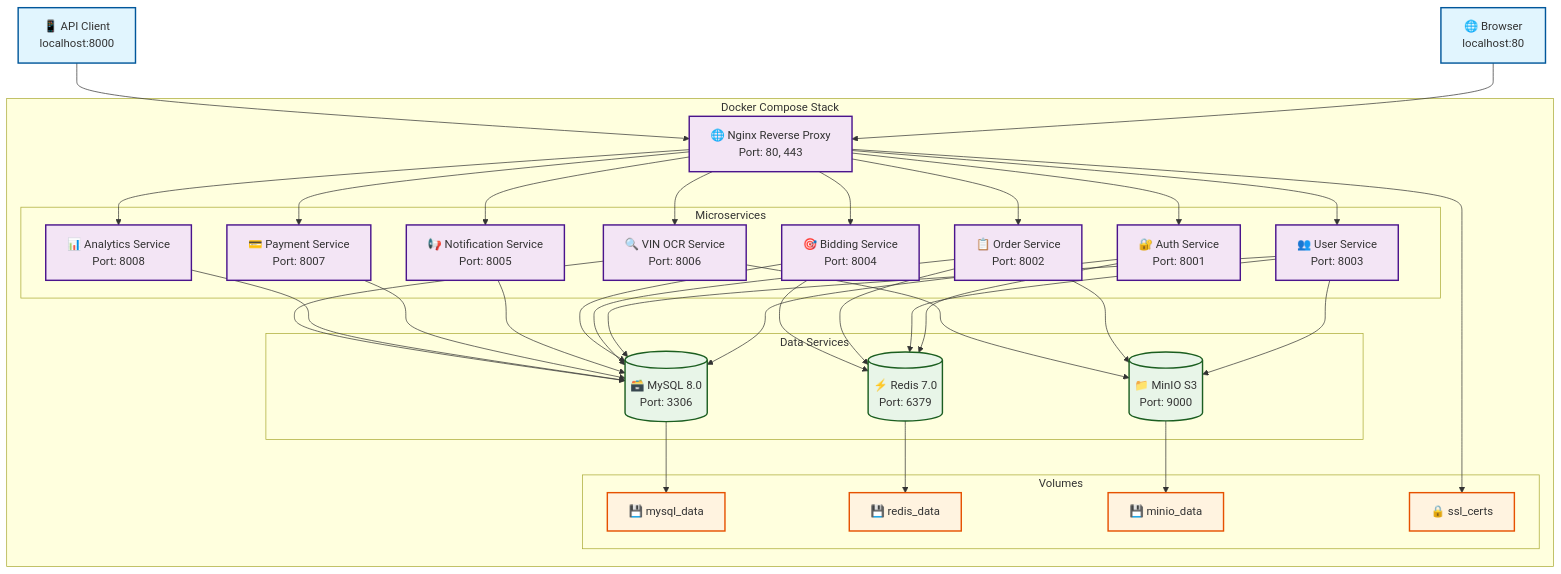
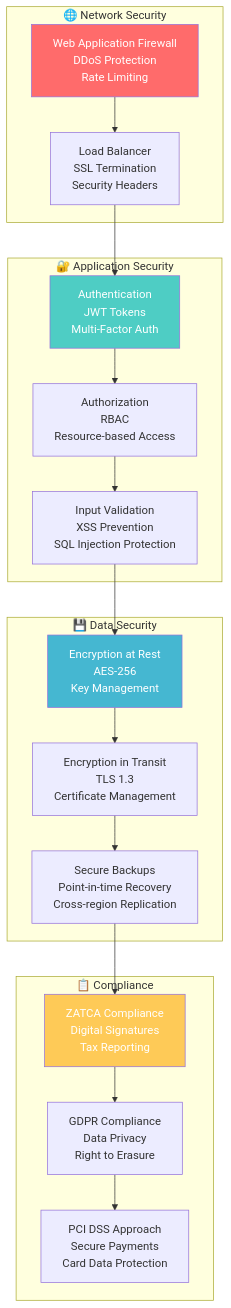
Before and after one commit to abdoElHodaky/larvrevrstender: the seventh of 11 diagrams in README.md, drawn with Mermaid. The commit also changed other lines of this file, not shown here.

````diff
--- a/README.md
+++ b/README.md
@@ -1001,83 +304,43 @@
 ```mermaid
 graph TB
-    subgraph "Docker Compose Stack"
-        NGINX[🌐 Nginx Reverse Proxy<br/>Port: 80, 443]
-        
-        subgraph "Microservices"
-            AUTH_DOCKER[🔐 Auth Service<br/>Port: 8001]
-            USER_DOCKER[👥 User Service<br/>Port: 8003]
-            ORDER_DOCKER[📋 Order Service<br/>Port: 8002]
-            BIDDING_DOCKER[🎯 Bidding Service<br/>Port: 8004]
-            NOTIFICATION_DOCKER[📢 Notification Service<br/>Port: 8005]
-            PAYMENT_DOCKER[💳 Payment Service<br/>Port: 8007]
-            ANALYTICS_DOCKER[📊 Analytics Service<br/>Port: 8008]
-            VIN_OCR_DOCKER[🔍 VIN OCR Service<br/>Port: 8006]
-        end
-        
-        subgraph "Data Services"
-            MYSQL_DOCKER[(🗃️ MySQL 8.0<br/>Port: 3306)]
-            REDIS_DOCKER[(⚡ Redis 7.0<br/>Port: 6379)]
-            MINIO_DOCKER[(📁 MinIO S3<br/>Port: 9000)]
-        end
-        
-        subgraph "Volumes"
-            MYSQL_VOL[💾 mysql_data]
-            REDIS_VOL[💾 redis_data]
-            MINIO_VOL[💾 minio_data]
-            SSL_VOL[🔒 ssl_certs]
-        end
+    subgraph "🌐 Network Security"
+        WAF[Web Application Firewall<br/>DDoS Protection<br/>Rate Limiting]
+        LB[Load Balancer<br/>SSL Termination<br/>Security Headers]
     end
     
-    %% External Access
-    BROWSER[🌐 Browser<br/>localhost:80]
-    API_CLIENT[📱 API Client<br/>localhost:8000]
+    subgraph "🔐 Application Security"
+        AUTH_SEC[Authentication<br/>JWT Tokens<br/>Multi-Factor Auth]
+        AUTHZ[Authorization<br/>RBAC<br/>Resource-based Access]
+        INPUT[Input Validation<br/>XSS Prevention<br/>SQL Injection Protection]
+    end
     
-    %% Connections
-    BROWSER --> NGINX
-    API_CLIENT --> NGINX
+    subgraph "💾 Data Security"
+        ENCRYPT[Encryption at Rest<br/>AES-256<br/>Key Management]
+        TRANSIT[Encryption in Transit<br/>TLS 1.3<br/>Certificate Management]
+        BACKUP[Secure Backups<br/>Point-in-time Recovery<br/>Cross-region Replication]
+    end
     
-    NGINX --> AUTH_DOCKER
-    NGINX --> USER_DOCKER
-    NGINX --> ORDER_DOCKER
-    NGINX --> BIDDING_DOCKER
-    NGINX --> NOTIFICATION_DOCKER
-    NGINX --> PAYMENT_DOCKER
-    NGINX --> ANALYTICS_DOCKER
-    NGINX --> VIN_OCR_DOCKER
+    subgraph "📋 Compliance"
+        ZATCA_SEC[ZATCA Compliance<br/>Digital Signatures<br/>Tax Reporting]
+        GDPR[GDPR Compliance<br/>Data Privacy<br/>Right to Erasure]
+        PCI[PCI DSS Approach<br/>Secure Payments<br/>Card Data Protection]
+    end
     
-    %% Data Connections
-    AUTH_DOCKER --> MYSQL_DOCKER
-    USER_DOCKER --> MYSQL_DOCKER
-    ORDER_DOCKER --> MYSQL_DOCKER
-    BIDDING_DOCKER --> MYSQL_DOCKER
-    NOTIFICATION_DOCKER --> MYSQL_DOCKER
-    PAYMENT_DOCKER --> MYSQL_DOCKER
-    ANALYTICS_DOCKER --> MYSQL_DOCKER
-    VIN_OCR_DOCKER --> MYSQL_DOCKER
+    WAF --> LB
+    LB --> AUTH_SEC
+    AUTH_SEC --> AUTHZ
+    AUTHZ --> INPUT
     
-    AUTH_DOCKER --> REDIS_DOCKER
-    USER_DOCKER --> REDIS_DOCKER
-    ORDER_DOCKER --> REDIS_DOCKER
-    BIDDING_DOCKER --> REDIS_DOCKER
+    INPUT --> ENCRYPT
+    ENCRYPT --> TRANSIT
+    TRANSIT --> BACKUP
     
-    USER_DOCKER --> MINIO_DOCKER
-    ORDER_DOCKER --> MINIO_DOCKER
-    VIN_OCR_DOCKER --> MINIO_DOCKER
+    BACKUP --> ZATCA_SEC
+    ZATCA_SEC --> GDPR
+    GDPR --> PCI
     
-    %% Volume Mounts
-    MYSQL_DOCKER --> MYSQL_VOL
-    REDIS_DOCKER --> REDIS_VOL
-    MINIO_DOCKER --> MINIO_VOL
-    NGINX --> SSL_VOL
-    
-    %% Styling
-    classDef serviceStyle fill:#f3e5f5,stroke:#4a148c,stroke-width:2px
-    classDef dataStyle fill:#e8f5e8,stroke:#1b5e20,stroke-width:2px
-    classDef volumeStyle fill:#fff3e0,stroke:#e65100,stroke-width:2px
-    classDef externalStyle fill:#e1f5fe,stroke:#01579b,stroke-width:2px
-    
-    class AUTH_DOCKER,USER_DOCKER,ORDER_DOCKER,BIDDING_DOCKER,NOTIFICATION_DOCKER,PAYMENT_DOCKER,ANALYTICS_DOCKER,VIN_OCR_DOCKER,NGINX serviceStyle
-    class MYSQL_DOCKER,REDIS_DOCKER,MINIO_DOCKER dataStyle
-    class MYSQL_VOL,REDIS_VOL,MINIO_VOL,SSL_VOL volumeStyle
-    class BROWSER,API_CLIENT externalStyle
+    style WAF fill:#ff6b6b,color:#fff
+    style AUTH_SEC fill:#4ecdc4,color:#fff
+    style ENCRYPT fill:#45b7d1,color:#fff
+    style ZATCA_SEC fill:#feca57,color:#fff
 ```
````
